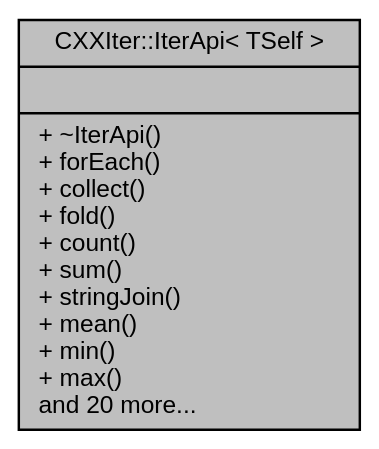
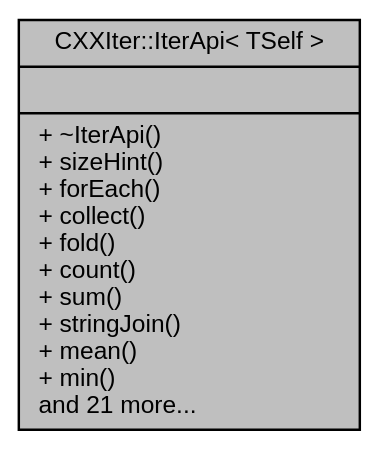
One commit to seijikun/CXXIter changed the diagram in classCXXIter_1_1IterApi__coll__graph.dot. Above: the diagram before and after it, drawn with Graphviz. The commit also changed 90 other files, not shown here.

```diff
--- a/classCXXIter_1_1IterApi__coll__graph.dot
+++ b/classCXXIter_1_1IterApi__coll__graph.dot
@@ -1,9 +1,9 @@
 digraph "CXXIter::IterApi&lt; TSelf &gt;"
 {
  // INTERACTIVE_SVG=YES
  // LATEX_PDF_SIZE
   bgcolor="transparent";
   edge [fontname="Helvetica",fontsize="10",labelfontname="Helvetica",labelfontsize="10"];
   node [fontname="Helvetica",fontsize="10",shape=record];
-  Node1 [label="{CXXIter::IterApi\< TSelf \>\n||+ ~IterApi()\l+ forEach()\l+ collect()\l+ fold()\l+ count()\l+ sum()\l+ stringJoin()\l+ mean()\l+ min()\l+ max()\land 20 more...\l}",height=0.2,width=0.4,color="black", fillcolor="grey75", style="filled", fontcolor="black",tooltip="Public Iterator API surface."];
+  Node1 [label="{CXXIter::IterApi\< TSelf \>\n||+ ~IterApi()\l+ sizeHint()\l+ forEach()\l+ collect()\l+ fold()\l+ count()\l+ sum()\l+ stringJoin()\l+ mean()\l+ min()\land 21 more...\l}",height=0.2,width=0.4,color="black", fillcolor="grey75", style="filled", fontcolor="black",tooltip="Public Iterator API surface."];
 }
```
